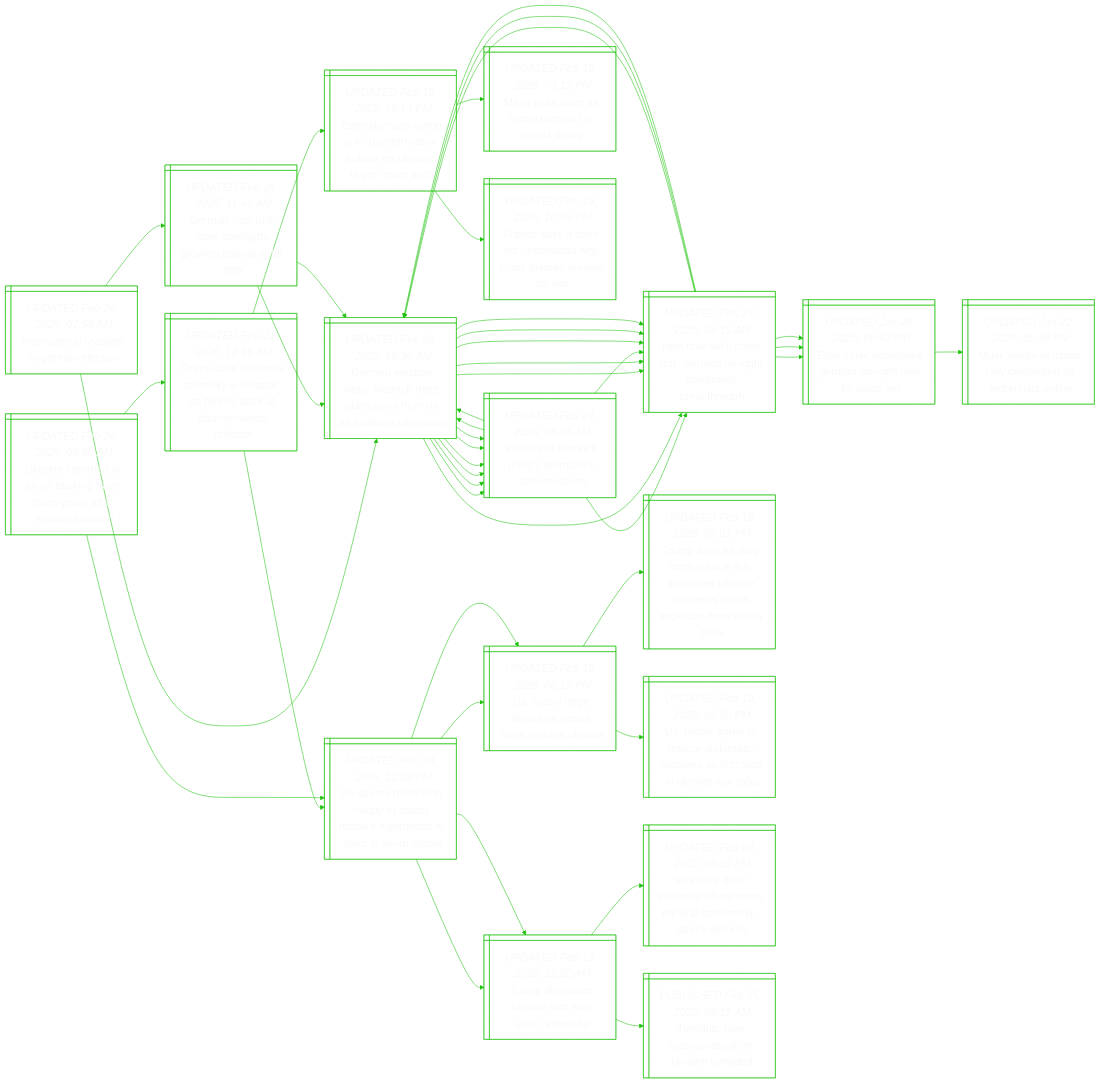
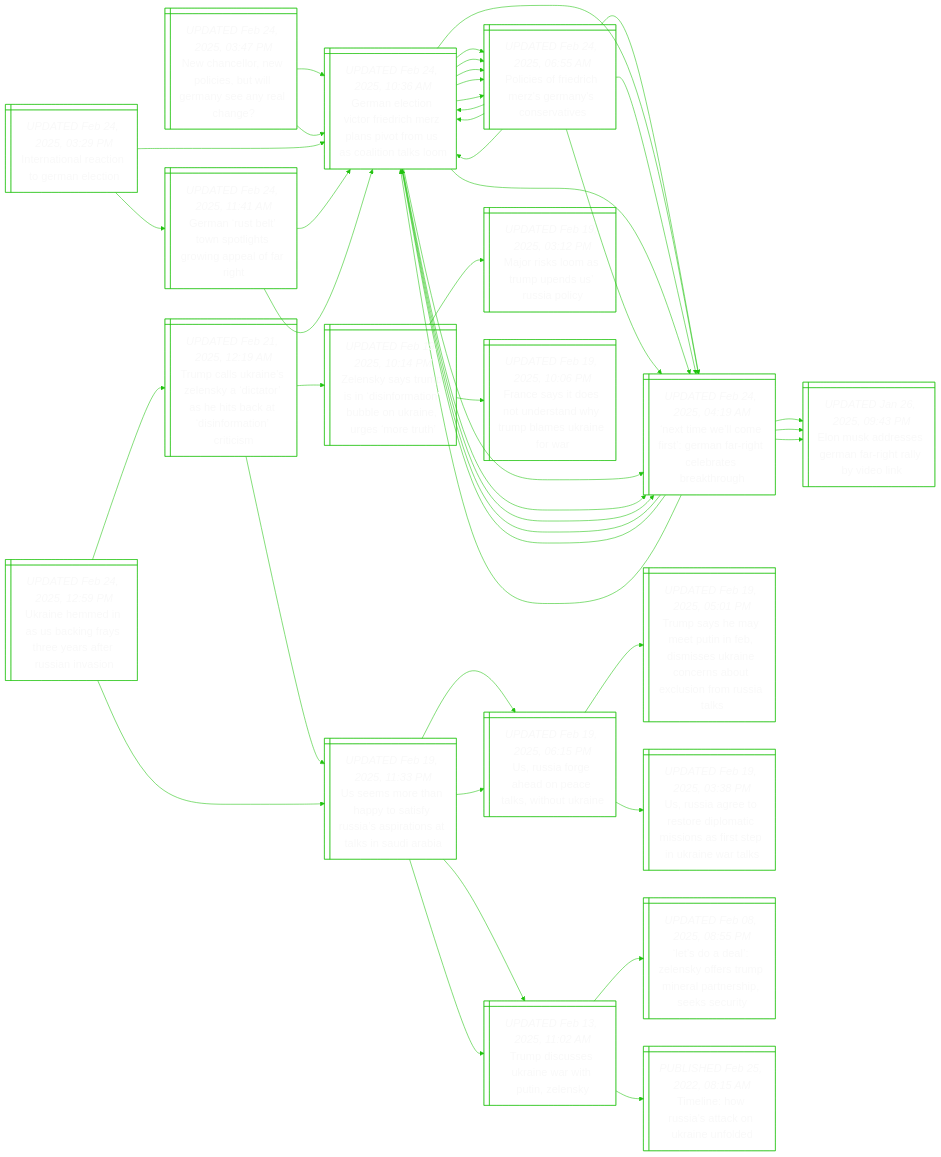
The diagram in README.md (notJmes/notJmes), drawn with Mermaid before and after one commit. The commit also changed other lines of this file, not shown here.

```diff
--- a/README.md
+++ b/README.md
@@ -16,10 +16,16 @@
 flowchart LR
 classDef txtsize font-size:20px;
 
+Nalwculaeea@{ shape: win-pane, label: "_UPDATED Feb 24, 2025, 03:47 PM_
+New chancellor, new policies, but will germany see any real change?" }
 GntiFreavositl@{ shape: win-pane, label: "_UPDATED Feb 24, 2025, 10:36 AM_
 German election victor friedrich merz plans pivot from us as coalition talks loom" }
 PiFreeyst@{ shape: win-pane, label: "_UPDATED Feb 24, 2025, 06:55 AM_
 Policies of friedrich merz's germany's conservatives" }
+Niletarcrbtg@{ shape: win-pane, label: "_UPDATED Feb 24, 2025, 04:19 AM_
+‘next time we’ll come first’: german far-right celebrates breakthrough" }
+GntiFreavositl@{ shape: win-pane, label: "_UPDATED Feb 24, 2025, 10:36 AM_
+German election victor friedrich merz plans pivot from us as coalition talks loom" }
 Niletarcrbtg@{ shape: win-pane, label: "_UPDATED Feb 24, 2025, 04:19 AM_
 ‘next time we’ll come first’: german far-right celebrates breakthrough" }
 Eudemrtydn@{ shape: win-pane, label: "_UPDATED Jan 26, 2025, 09:43 PM_
@@ -32,34 +38,31 @@
 Policies of friedrich merz's germany's conservatives" }
 Niletarcrbtg@{ shape: win-pane, label: "_UPDATED Feb 24, 2025, 04:19 AM_
 ‘next time we’ll come first’: german far-right celebrates breakthrough" }
+GntiFreavositl@{ shape: win-pane, label: "_UPDATED Feb 24, 2025, 10:36 AM_
+German election victor friedrich merz plans pivot from us as coalition talks loom" }
 Niletarcrbtg@{ shape: win-pane, label: "_UPDATED Feb 24, 2025, 04:19 AM_
 ‘next time we’ll come first’: german far-right celebrates breakthrough" }
 Eudemrtydn@{ shape: win-pane, label: "_UPDATED Jan 26, 2025, 09:43 PM_
 Elon musk addresses german far-right rally by video link" }
-Maamleexin@{ shape: win-pane, label: "_UPDATED Jan 22, 2025, 05:46 PM_
-Musk salute at trump rally celebrated by extremists online" }
 GntiFreavositl@{ shape: win-pane, label: "_UPDATED Feb 24, 2025, 10:36 AM_
 German election victor friedrich merz plans pivot from us as coalition talks loom" }
-PiFreeyst@{ shape: win-pane, label: "_UPDATED Feb 24, 2025, 06:55 AM_
-Policies of friedrich merz's germany's conservatives" }
-Niletarcrbtg@{ shape: win-pane, label: "_UPDATED Feb 24, 2025, 04:19 AM_
-‘next time we’ll come first’: german far-right celebrates breakthrough" }
 
+Nalwculaeea:::txtsize --> GntiFreavositl:::txtsize
 GntiFreavositl:::txtsize --> PiFreeyst:::txtsize
 PiFreeyst:::txtsize --> Niletarcrbtg:::txtsize
+PiFreeyst:::txtsize --> GntiFreavositl:::txtsize
+GntiFreavositl:::txtsize --> Niletarcrbtg:::txtsize
 Niletarcrbtg:::txtsize --> Eudemrtydn:::txtsize
 Niletarcrbtg:::txtsize --> GntiFreavositl:::txtsize
+Nalwculaeea:::txtsize --> GntiFreavositl:::txtsize
+GntiFreavositl:::txtsize --> PiFreeyst:::txtsize
+PiFreeyst:::txtsize --> Niletarcrbtg:::txtsize
 PiFreeyst:::txtsize --> GntiFreavositl:::txtsize
-GntiFreavositl:::txtsize --> PiFreeyst:::txtsize
-GntiFreavositl:::txtsize --> Niletarcrbtg:::txtsize
 GntiFreavositl:::txtsize --> Niletarcrbtg:::txtsize
 Niletarcrbtg:::txtsize --> Eudemrtydn:::txtsize
-Eudemrtydn:::txtsize --> Maamleexin:::txtsize
 Niletarcrbtg:::txtsize --> GntiFreavositl:::txtsize
-GntiFreavositl:::txtsize --> PiFreeyst:::txtsize
-GntiFreavositl:::txtsize --> Niletarcrbtg:::txtsize
 
-Innanrlo@{ shape: win-pane, label: "_UPDATED Feb 24, 2025, 07:58 AM_
+Innanrlo@{ shape: win-pane, label: "_UPDATED Feb 24, 2025, 03:29 PM_
 International reaction to german election" }
 GntiFreavositl@{ shape: win-pane, label: "_UPDATED Feb 24, 2025, 10:36 AM_
 German election victor friedrich merz plans pivot from us as coalition talks loom" }
@@ -105,7 +108,7 @@
 GntiFreavositl:::txtsize --> PiFreeyst:::txtsize
 GntiFreavositl:::txtsize --> Niletarcrbtg:::txtsize
 
-Unmaagsesrivn@{ shape: win-pane, label: "_UPDATED Feb 24, 2025, 06:56 AM_
+Unmaagsesrivn@{ shape: win-pane, label: "_UPDATED Feb 24, 2025, 12:59 PM_
 Ukraine hemmed in as us backing frays three years after russian invasion" }
 TcUnlytaicioiis@{ shape: win-pane, label: "_UPDATED Feb 21, 2025, 12:19 AM_
 Trump calls ukraine’s zelensky a ‘dictator’ as he hits back at ‘disinformation’ criticism" }
```
